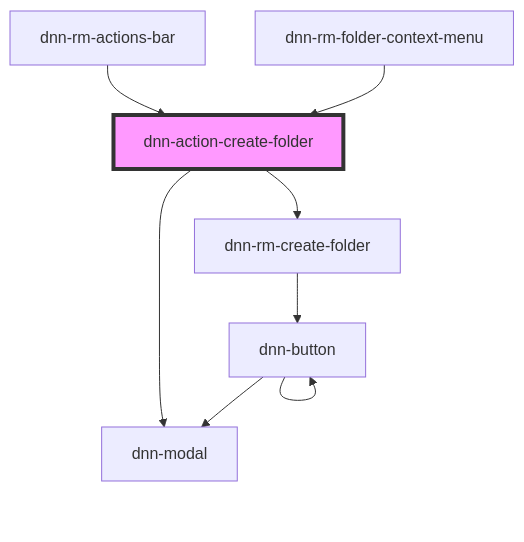
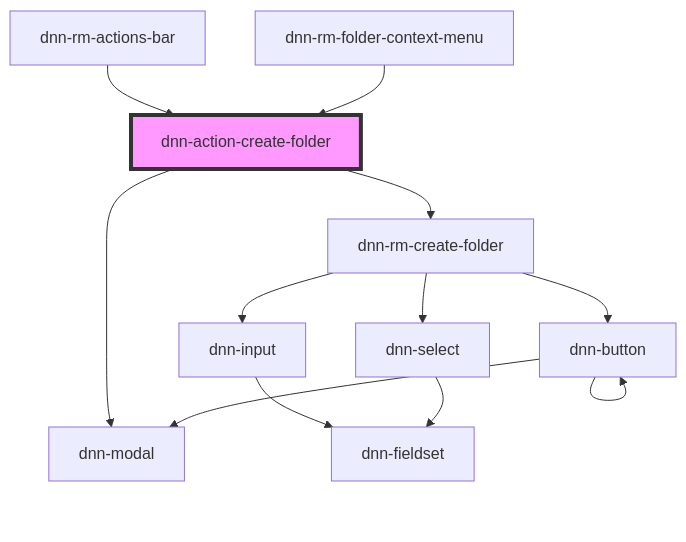
Before and after one commit to dnnsoftware/Dnn.Platform: the diagram in DNN Platform/Modules/ResourceManager/ResourceManager.Web/src/components/actions/dnn-action-create-folder/readme.md, drawn with Mermaid. The commit also changed 44 other files, not shown here.

````diff
--- a/DNN Platform/Modules/ResourceManager/ResourceManager.Web/src/components/actions/dnn-action-create-folder/readme.md
+++ b/DNN Platform/Modules/ResourceManager/ResourceManager.Web/src/components/actions/dnn-action-create-folder/readme.md
@@ -28,11 +28,15 @@
 ```mermaid
 graph TD;
   dnn-action-create-folder --> dnn-modal
   dnn-action-create-folder --> dnn-rm-create-folder
+  dnn-rm-create-folder --> dnn-input
+  dnn-rm-create-folder --> dnn-select
   dnn-rm-create-folder --> dnn-button
+  dnn-input --> dnn-fieldset
+  dnn-select --> dnn-fieldset
   dnn-button --> dnn-modal
   dnn-button --> dnn-button
   dnn-rm-actions-bar --> dnn-action-create-folder
   dnn-rm-folder-context-menu --> dnn-action-create-folder
   style dnn-action-create-folder fill:#f9f,stroke:#333,stroke-width:4px
 ```
````
